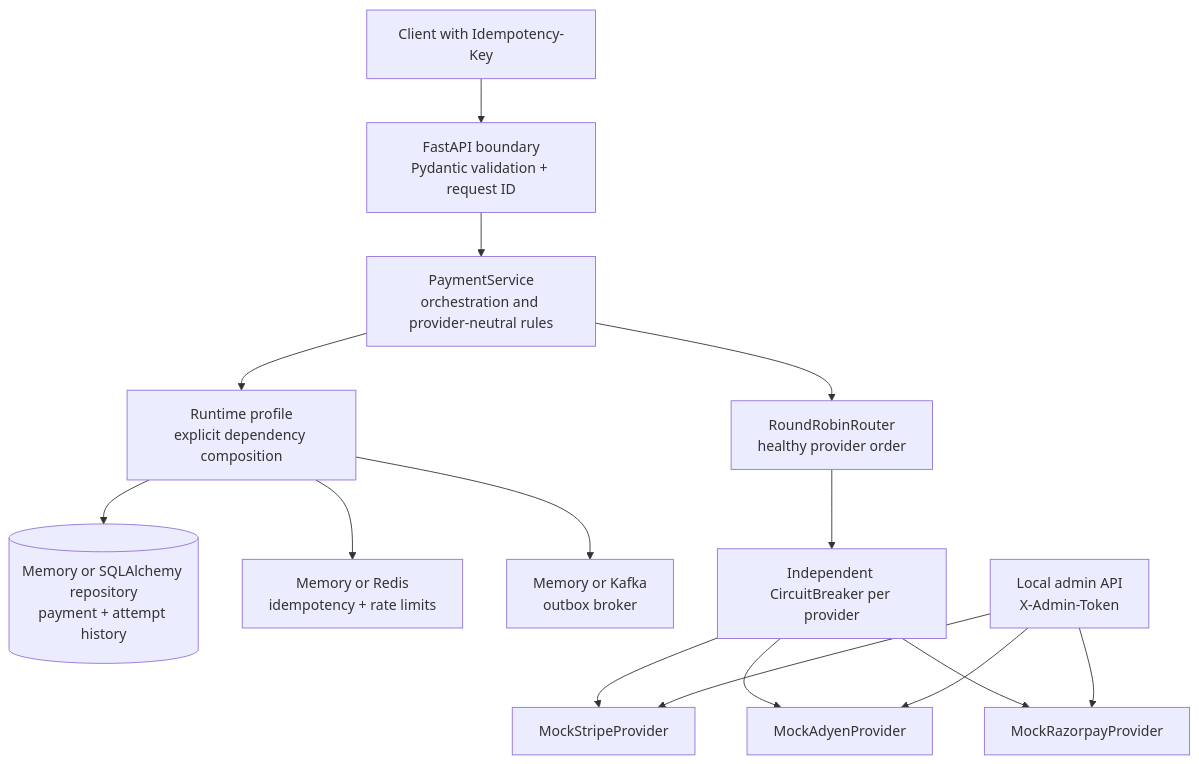
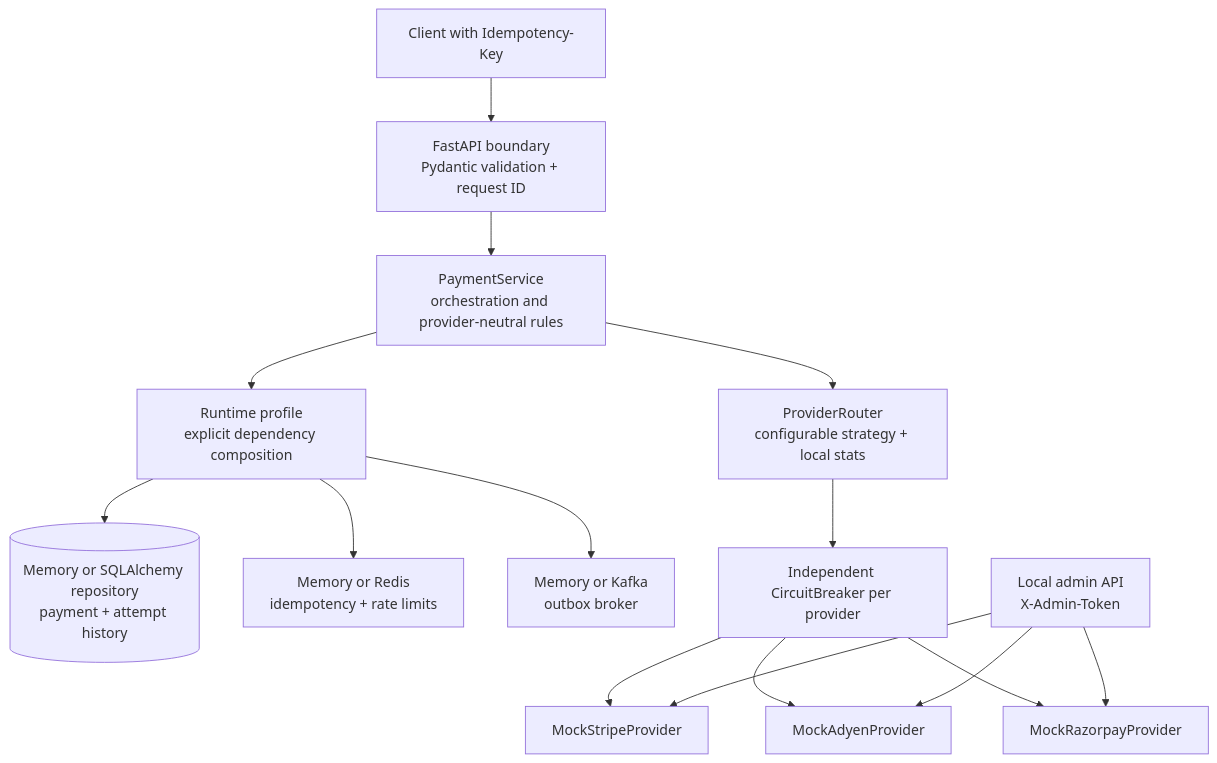
Before and after one commit to MetalCloth/pyswitch: the first of 4 diagrams in docs/architecture.md, drawn with Mermaid. The commit also changed other lines of this file and 3 other files, not shown here.

````diff
--- a/docs/architecture.md
+++ b/docs/architecture.md
@@ -7,17 +7,17 @@
 ```mermaid
 flowchart TB
     Client[Client with Idempotency-Key] --> Boundary[FastAPI boundary<br/>Pydantic validation + request ID]
     Boundary --> Service[PaymentService<br/>orchestration and provider-neutral rules]
     Service --> Runtime[Runtime profile<br/>explicit dependency composition]
     Runtime --> Store[(Memory or SQLAlchemy repository<br/>payment + attempt history)]
     Runtime --> Coordination[Memory or Redis<br/>idempotency + rate limits]
     Runtime --> Events[Memory or Kafka<br/>outbox broker]
-    Service --> Router[RoundRobinRouter<br/>healthy provider order]
+    Service --> Router[ProviderRouter<br/>configurable strategy + local stats]
     Router --> Breakers[Independent CircuitBreaker per provider]
     Breakers --> Stripe[MockStripeProvider]
     Breakers --> Adyen[MockAdyenProvider]
     Breakers --> Razorpay[MockRazorpayProvider]
     Admin[Local admin API<br/>X-Admin-Token] --> Stripe
     Admin --> Adyen
     Admin --> Razorpay
 ```
````
